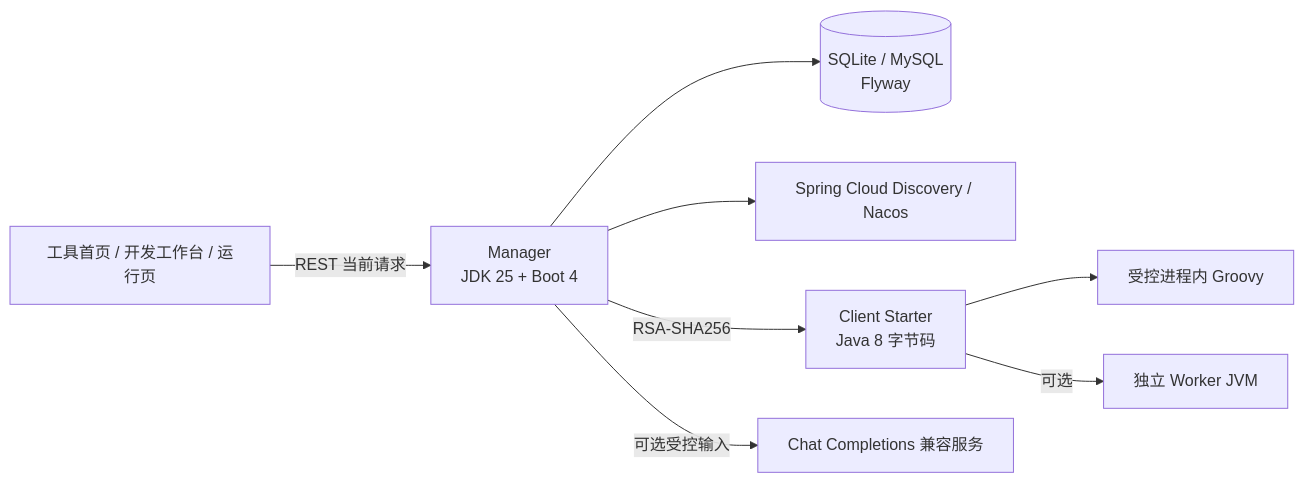
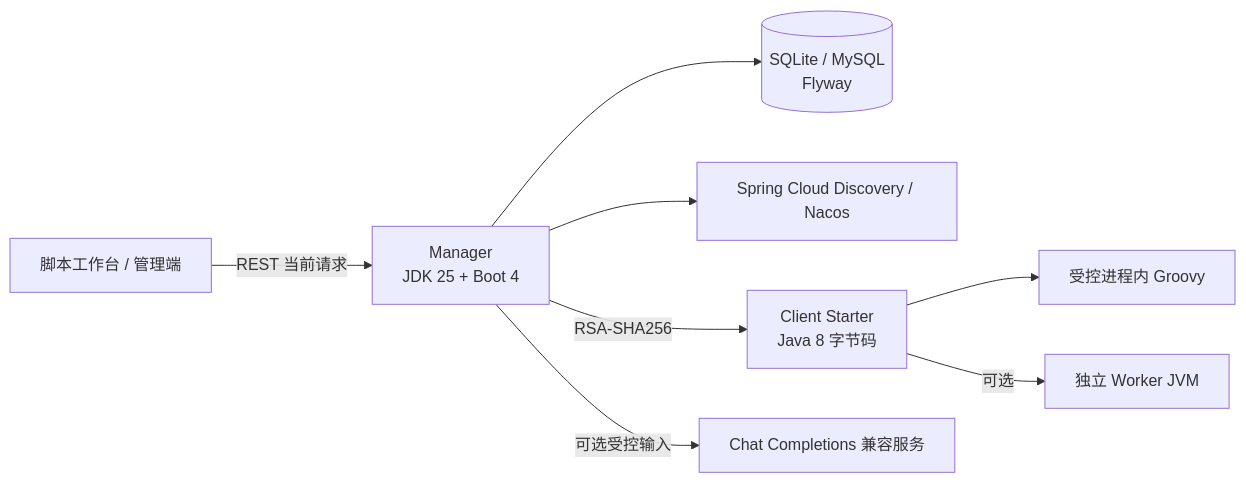
The diagram in README.md (ChenYilei2016/maintain-console-public), drawn with Mermaid before and after one commit. The commit also changed other lines of this file and 105 other files, not shown here.

````diff
--- a/README.md
+++ b/README.md
@@ -42,10 +42,10 @@
 ```mermaid
 flowchart LR
-    Browser[工具首页 / 开发工作台 / 运行页] -->|REST 当前请求| Manager[Manager<br/>JDK 25 + Boot 4]
+    Browser[脚本工作台 / 管理端] -->|REST 当前请求| Manager[Manager<br/>JDK 25 + Boot 4]
     Manager --> DB[(SQLite / MySQL<br/>Flyway)]
     Manager --> Discovery[Spring Cloud Discovery / Nacos]
     Manager -->|RSA-SHA256| Client[Client Starter<br/>Java 8 字节码]
     Client --> Restricted[受控进程内 Groovy]
     Client -->|可选| Worker[独立 Worker JVM]
     Manager -->|可选受控输入| AI[Chat Completions 兼容服务]
 ```
````
